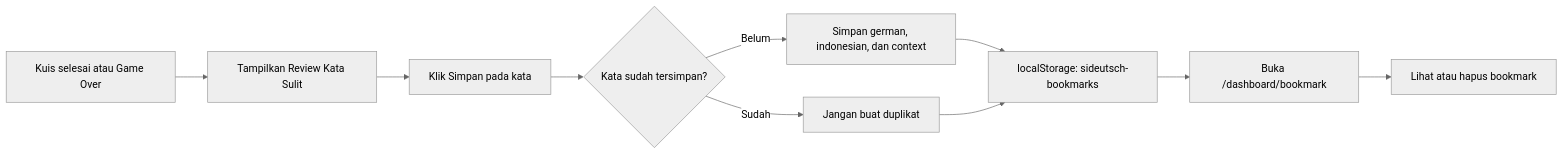
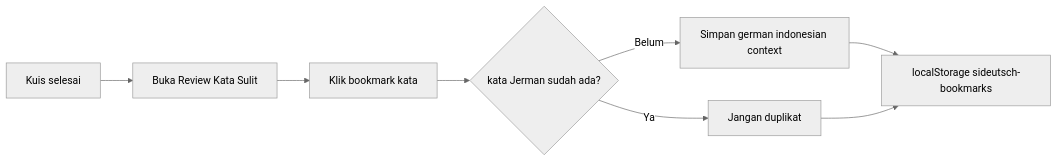
The eighth of 9 diagrams in FLOWCHART.md (nandayudhistirawibowo/NdUniverse), drawn with Mermaid (neutral theme) before and after one commit. The commit also changed other lines of this file and 3 other files, not shown here.

````diff
--- a/FLOWCHART.md
+++ b/FLOWCHART.md
@@ -81,12 +156,10 @@
 ```mermaid
 flowchart LR
-    A[Kuis selesai atau Game Over] --> B[Tampilkan Review Kata Sulit]
-    B --> C[Klik Simpan pada kata]
-    C --> D{Kata sudah tersimpan?}
-    D -->|Belum| E[Simpan german, indonesian, dan context]
-    D -->|Sudah| F[Jangan buat duplikat]
-    E --> G[localStorage: sideutsch-bookmarks]
-    F --> G
-    G --> H[Buka /dashboard/bookmark]
-    H --> I[Lihat atau hapus bookmark]
+    A[Kuis selesai] --> B[Buka Review Kata Sulit]
+    B --> C[Klik bookmark kata]
+    C --> D{kata Jerman sudah ada?}
+    D -->|Ya| E[Jangan duplikat]
+    D -->|Belum| F[Simpan german indonesian context]
+    F --> G[localStorage sideutsch-bookmarks]
+    E --> G
 ```
````
